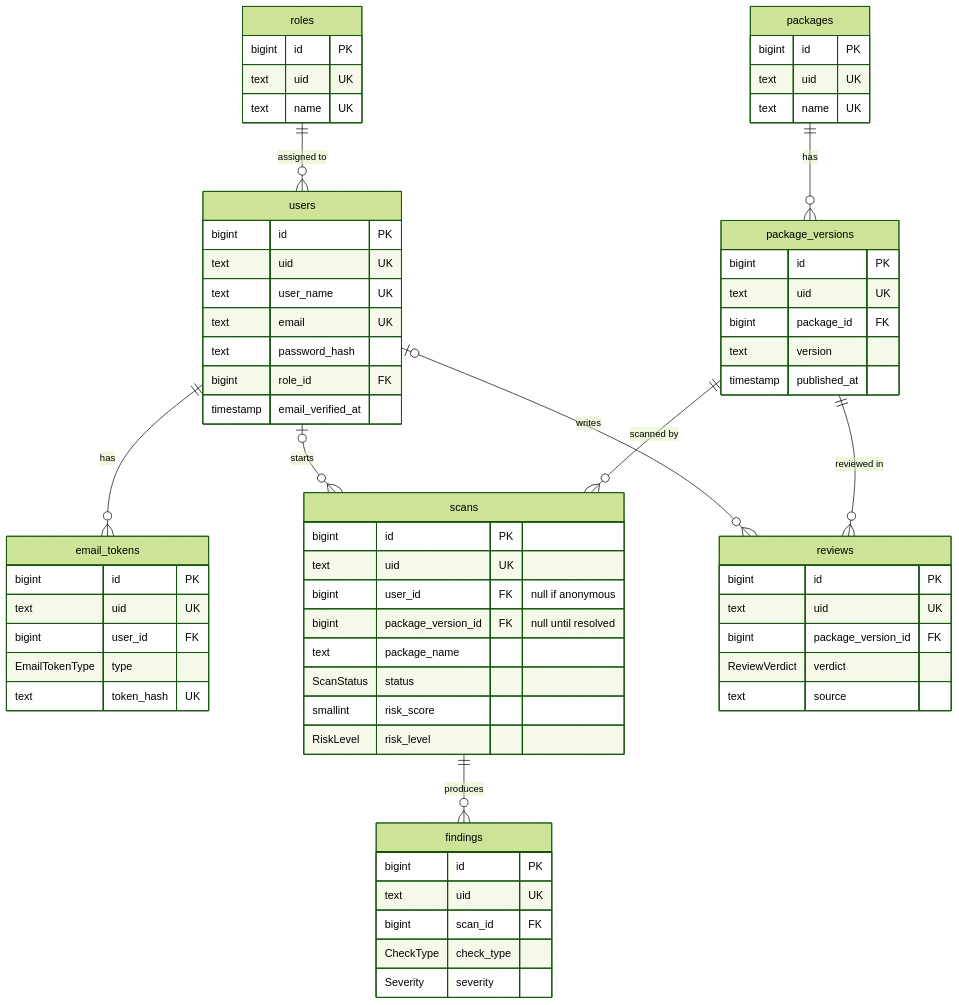
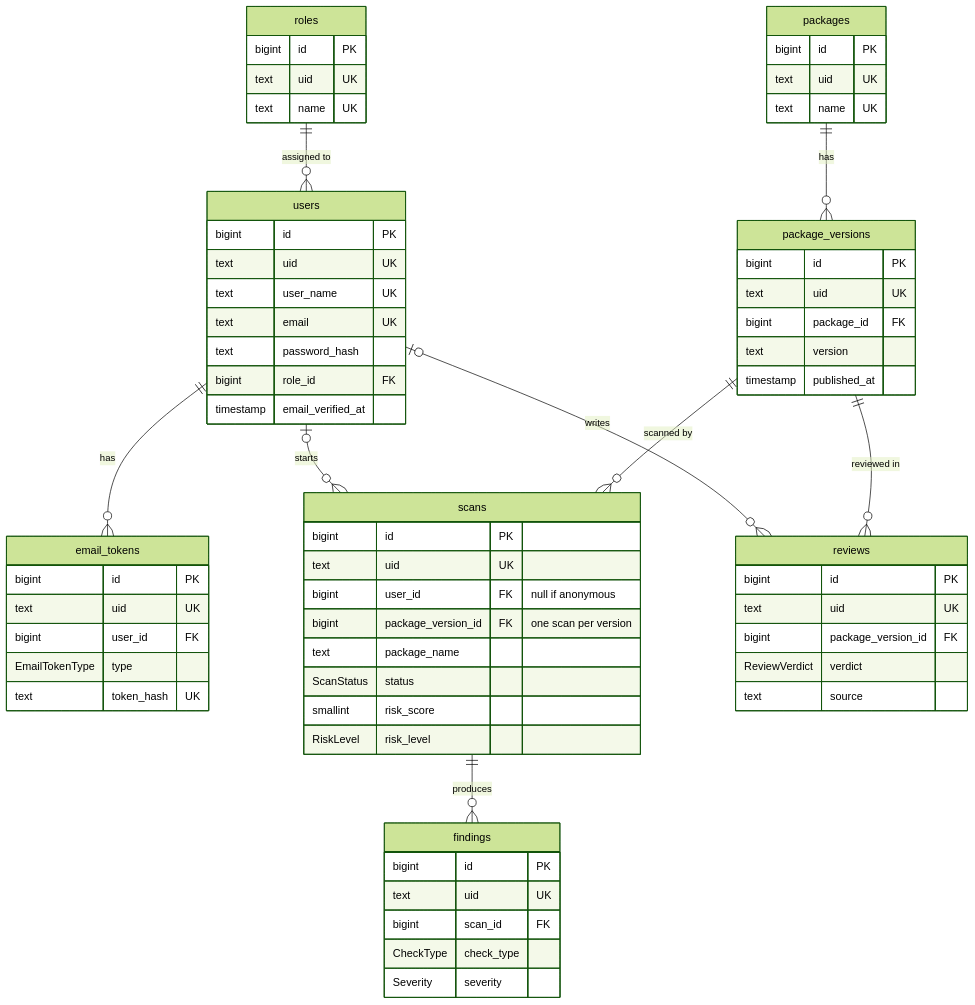
The diagram in docs/schema.md (Apu-Emdad/npm-sentinel-api), drawn with Mermaid (forest theme) before and after one commit. The commit also changed other lines of this file and 7 other files, not shown here.

Commit message:
feat: keep one scan per package version (closes #49)

````diff
--- a/docs/schema.md
+++ b/docs/schema.md
@@ -15,69 +15,69 @@
 ```mermaid
 erDiagram
     roles ||--o{ users : "assigned to"
     users ||--o{ email_tokens : "has"
     users |o--o{ scans : "starts"
     users |o--o{ reviews : "writes"
     packages ||--o{ package_versions : "has"
     package_versions ||--o{ scans : "scanned by"
     package_versions ||--o{ reviews : "reviewed in"
     scans ||--o{ findings : "produces"
 
     roles {
         bigint id PK
         text uid UK
         text name UK
     }
     users {
         bigint id PK
         text uid UK
         text user_name UK
         text email UK
         text password_hash
         bigint role_id FK
         timestamp email_verified_at
     }
     email_tokens {
         bigint id PK
         text uid UK
         bigint user_id FK
         EmailTokenType type
         text token_hash UK
     }
     packages {
         bigint id PK
         text uid UK
         text name UK
     }
     package_versions {
         bigint id PK
         text uid UK
         bigint package_id FK
         text version
         timestamp published_at
     }
     scans {
         bigint id PK
         text uid UK
         bigint user_id FK "null if anonymous"
-        bigint package_version_id FK "null until resolved"
+        bigint package_version_id FK "one scan per version"
         text package_name
         ScanStatus status
         smallint risk_score
         RiskLevel risk_level
     }
     findings {
         bigint id PK
         text uid UK
         bigint scan_id FK
         CheckType check_type
         Severity severity
     }
     reviews {
         bigint id PK
         text uid UK
         bigint package_version_id FK
         ReviewVerdict verdict
         text source
     }
 ```
````
